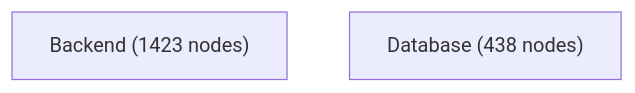
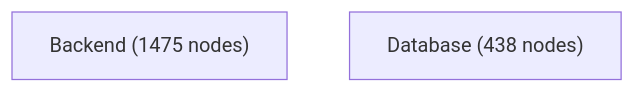
The first of 4 diagrams in docs/architecture-analysis/architecture.report.md (jankneumann/agentic-coding-tools), drawn with Mermaid before and after one commit. The commit also changed other lines of this file and 26 other files, not shown here.

````diff
--- a/docs/architecture-analysis/architecture.report.md
+++ b/docs/architecture-analysis/architecture.report.md
@@ -501,5 +501,5 @@
 ```mermaid
 flowchart TB
-    Backend["Backend (1423 nodes)"]
+    Backend["Backend (1475 nodes)"]
     Database["Database (438 nodes)"]
 ```
````
